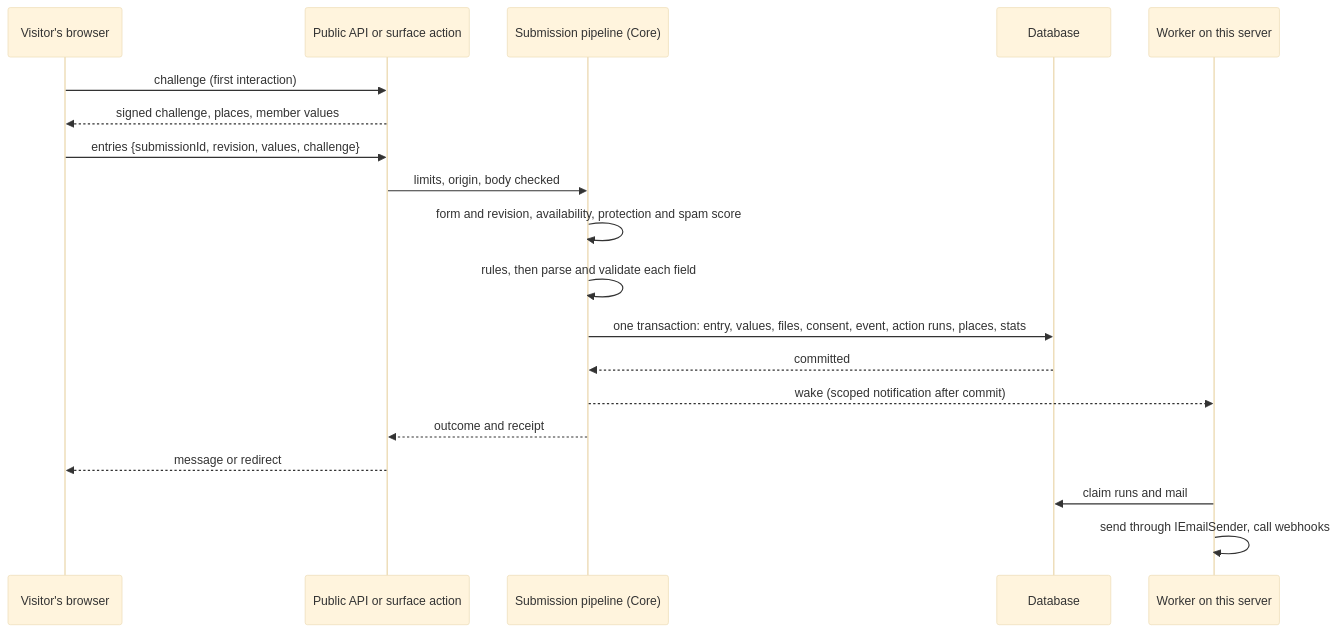
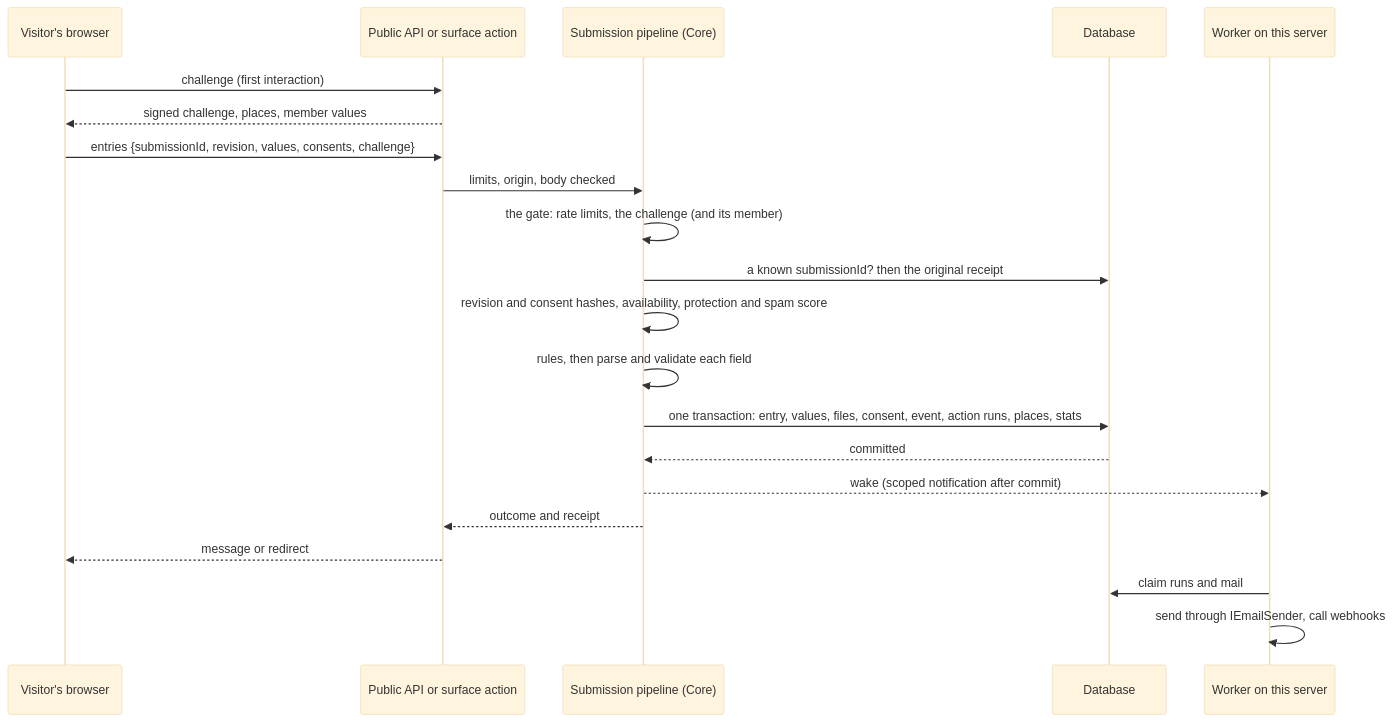
Before and after one commit to Jiron/Jiron.Umbraco.FormBuilder: the third of 3 diagrams in docs/architecture.md, drawn with Mermaid (base theme). The commit also changed other lines of this file and 8 other files, not shown here.

````diff
--- a/docs/architecture.md
+++ b/docs/architecture.md
@@ -311,21 +311,23 @@
 ```mermaid
 sequenceDiagram
   participant V as Visitor's browser
   participant P as Public API or surface action
   participant S as Submission pipeline (Core)
   participant D as Database
   participant W as Worker on this server
   V->>P: challenge (first interaction)
   P-->>V: signed challenge, places, member values
-  V->>P: entries {submissionId, revision, values, challenge}
+  V->>P: entries {submissionId, revision, values, consents, challenge}
   P->>S: limits, origin, body checked
-  S->>S: form and revision, availability, protection and spam score
+  S->>S: the gate: rate limits, the challenge (and its member)
+  S->>D: a known submissionId? then the original receipt
+  S->>S: revision and consent hashes, availability, protection and spam score
   S->>S: rules, then parse and validate each field
   S->>D: one transaction: entry, values, files, consent, event, action runs, places, stats
   D-->>S: committed
   S-->>W: wake (scoped notification after commit)
   S-->>P: outcome and receipt
   P-->>V: message or redirect
   W->>D: claim runs and mail
   W->>W: send through IEmailSender, call webhooks
 ```
````
